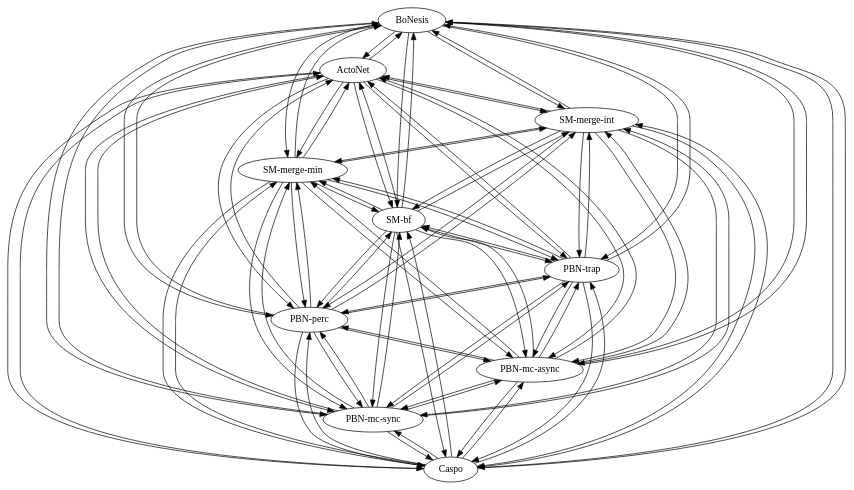
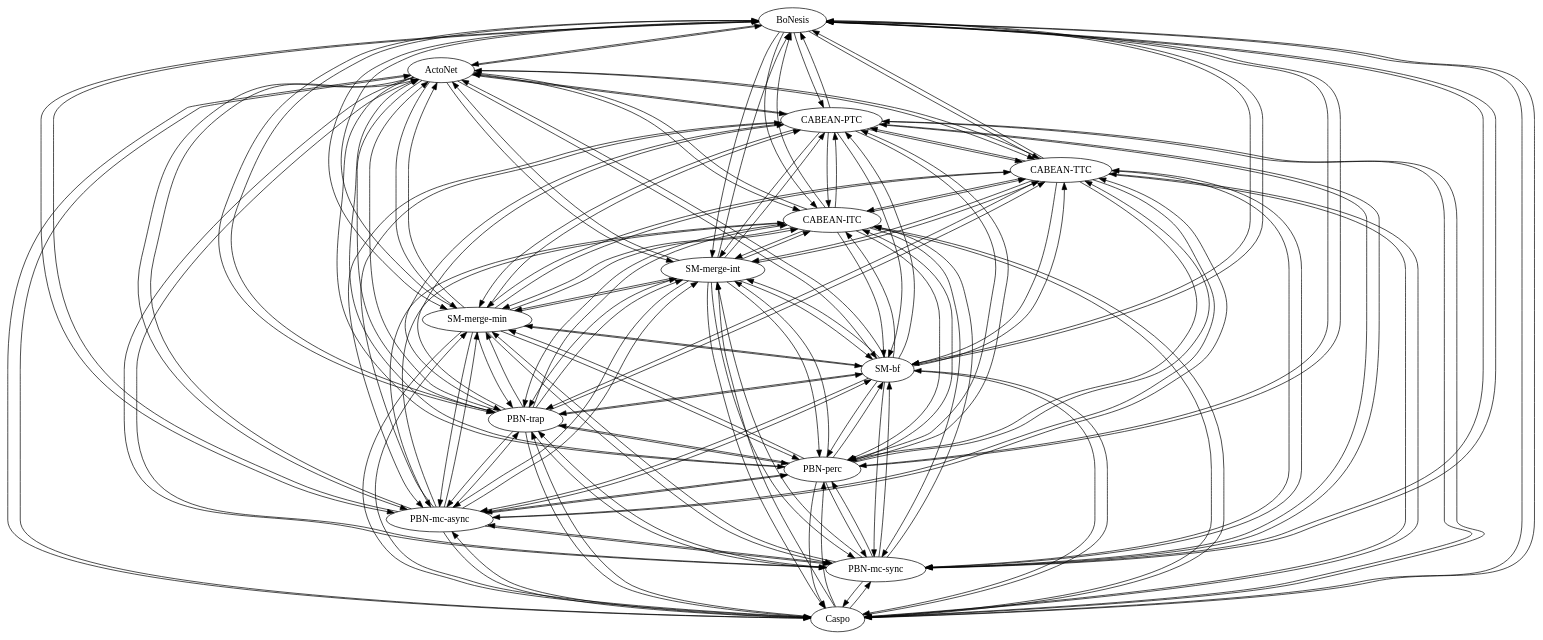
Before and after one commit to kalebmoon07/BN-control-taxonomy: the diagram in experiments/results/counterexamples/ce_yes_PTC_no_TTC/_graph.dot, drawn with Graphviz. The commit also changed 85 other files, not shown here.

```diff
--- a/experiments/results/counterexamples/ce_yes_PTC_no_TTC/_graph.dot
+++ b/experiments/results/counterexamples/ce_yes_PTC_no_TTC/_graph.dot
@@ -1,102 +1,171 @@
 strict digraph  {
 BoNesis;
 ActoNet;
 Caspo;
 "PBN-mc-sync";
 "PBN-mc-async";
 "PBN-perc";
 "PBN-trap";
 "SM-bf";
 "SM-merge-min";
 "SM-merge-int";
+"CABEAN-ITC";
+"CABEAN-TTC";
+"CABEAN-PTC";
 BoNesis -> ActoNet;
 BoNesis -> Caspo;
 BoNesis -> "PBN-mc-sync";
 BoNesis -> "PBN-mc-async";
 BoNesis -> "PBN-perc";
 BoNesis -> "PBN-trap";
 BoNesis -> "SM-bf";
 BoNesis -> "SM-merge-min";
 BoNesis -> "SM-merge-int";
+BoNesis -> "CABEAN-ITC";
+BoNesis -> "CABEAN-TTC";
+BoNesis -> "CABEAN-PTC";
 ActoNet -> BoNesis;
 ActoNet -> Caspo;
 ActoNet -> "PBN-mc-sync";
 ActoNet -> "PBN-mc-async";
 ActoNet -> "PBN-perc";
 ActoNet -> "PBN-trap";
 ActoNet -> "SM-bf";
 ActoNet -> "SM-merge-min";
 ActoNet -> "SM-merge-int";
+ActoNet -> "CABEAN-ITC";
+ActoNet -> "CABEAN-TTC";
+ActoNet -> "CABEAN-PTC";
 Caspo -> ActoNet;
 Caspo -> BoNesis;
 Caspo -> "PBN-mc-sync";
 Caspo -> "PBN-mc-async";
 Caspo -> "PBN-perc";
 Caspo -> "PBN-trap";
 Caspo -> "SM-bf";
 Caspo -> "SM-merge-min";
 Caspo -> "SM-merge-int";
+Caspo -> "CABEAN-ITC";
+Caspo -> "CABEAN-TTC";
+Caspo -> "CABEAN-PTC";
 "PBN-mc-sync" -> ActoNet;
 "PBN-mc-sync" -> BoNesis;
 "PBN-mc-sync" -> Caspo;
 "PBN-mc-sync" -> "PBN-mc-async";
 "PBN-mc-sync" -> "PBN-perc";
 "PBN-mc-sync" -> "PBN-trap";
 "PBN-mc-sync" -> "SM-bf";
 "PBN-mc-sync" -> "SM-merge-min";
 "PBN-mc-sync" -> "SM-merge-int";
+"PBN-mc-sync" -> "CABEAN-ITC";
+"PBN-mc-sync" -> "CABEAN-TTC";
+"PBN-mc-sync" -> "CABEAN-PTC";
 "PBN-mc-async" -> ActoNet;
 "PBN-mc-async" -> BoNesis;
 "PBN-mc-async" -> Caspo;
 "PBN-mc-async" -> "PBN-mc-sync";
 "PBN-mc-async" -> "PBN-perc";
 "PBN-mc-async" -> "PBN-trap";
 "PBN-mc-async" -> "SM-bf";
 "PBN-mc-async" -> "SM-merge-min";
 "PBN-mc-async" -> "SM-merge-int";
+"PBN-mc-async" -> "CABEAN-ITC";
+"PBN-mc-async" -> "CABEAN-TTC";
+"PBN-mc-async" -> "CABEAN-PTC";
 "PBN-perc" -> ActoNet;
 "PBN-perc" -> BoNesis;
 "PBN-perc" -> Caspo;
 "PBN-perc" -> "PBN-mc-sync";
 "PBN-perc" -> "PBN-mc-async";
 "PBN-perc" -> "PBN-trap";
 "PBN-perc" -> "SM-bf";
 "PBN-perc" -> "SM-merge-min";
 "PBN-perc" -> "SM-merge-int";
+"PBN-perc" -> "CABEAN-ITC";
+"PBN-perc" -> "CABEAN-TTC";
+"PBN-perc" -> "CABEAN-PTC";
 "PBN-trap" -> ActoNet;
 "PBN-trap" -> BoNesis;
 "PBN-trap" -> Caspo;
 "PBN-trap" -> "PBN-mc-sync";
 "PBN-trap" -> "PBN-mc-async";
 "PBN-trap" -> "PBN-perc";
 "PBN-trap" -> "SM-bf";
 "PBN-trap" -> "SM-merge-min";
 "PBN-trap" -> "SM-merge-int";
+"PBN-trap" -> "CABEAN-ITC";
+"PBN-trap" -> "CABEAN-TTC";
+"PBN-trap" -> "CABEAN-PTC";
 "SM-bf" -> ActoNet;
 "SM-bf" -> BoNesis;
 "SM-bf" -> Caspo;
 "SM-bf" -> "PBN-mc-sync";
 "SM-bf" -> "PBN-mc-async";
 "SM-bf" -> "PBN-perc";
 "SM-bf" -> "PBN-trap";
 "SM-bf" -> "SM-merge-min";
 "SM-bf" -> "SM-merge-int";
+"SM-bf" -> "CABEAN-ITC";
+"SM-bf" -> "CABEAN-TTC";
+"SM-bf" -> "CABEAN-PTC";
 "SM-merge-min" -> ActoNet;
 "SM-merge-min" -> BoNesis;
 "SM-merge-min" -> Caspo;
 "SM-merge-min" -> "PBN-mc-sync";
 "SM-merge-min" -> "PBN-mc-async";
 "SM-merge-min" -> "PBN-perc";
 "SM-merge-min" -> "PBN-trap";
 "SM-merge-min" -> "SM-bf";
 "SM-merge-min" -> "SM-merge-int";
+"SM-merge-min" -> "CABEAN-ITC";
+"SM-merge-min" -> "CABEAN-TTC";
+"SM-merge-min" -> "CABEAN-PTC";
 "SM-merge-int" -> ActoNet;
 "SM-merge-int" -> BoNesis;
 "SM-merge-int" -> Caspo;
 "SM-merge-int" -> "PBN-mc-sync";
 "SM-merge-int" -> "PBN-mc-async";
 "SM-merge-int" -> "PBN-perc";
 "SM-merge-int" -> "PBN-trap";
 "SM-merge-int" -> "SM-bf";
 "SM-merge-int" -> "SM-merge-min";
+"SM-merge-int" -> "CABEAN-ITC";
+"SM-merge-int" -> "CABEAN-TTC";
+"SM-merge-int" -> "CABEAN-PTC";
+"CABEAN-ITC" -> ActoNet;
+"CABEAN-ITC" -> BoNesis;
+"CABEAN-ITC" -> Caspo;
+"CABEAN-ITC" -> "PBN-mc-sync";
+"CABEAN-ITC" -> "PBN-mc-async";
+"CABEAN-ITC" -> "PBN-perc";
+"CABEAN-ITC" -> "PBN-trap";
+"CABEAN-ITC" -> "SM-bf";
+"CABEAN-ITC" -> "SM-merge-min";
+"CABEAN-ITC" -> "SM-merge-int";
+"CABEAN-ITC" -> "CABEAN-TTC";
+"CABEAN-ITC" -> "CABEAN-PTC";
+"CABEAN-TTC" -> ActoNet;
+"CABEAN-TTC" -> BoNesis;
+"CABEAN-TTC" -> Caspo;
+"CABEAN-TTC" -> "PBN-mc-sync";
+"CABEAN-TTC" -> "PBN-mc-async";
+"CABEAN-TTC" -> "PBN-perc";
+"CABEAN-TTC" -> "PBN-trap";
+"CABEAN-TTC" -> "SM-bf";
+"CABEAN-TTC" -> "SM-merge-min";
+"CABEAN-TTC" -> "SM-merge-int";
+"CABEAN-TTC" -> "CABEAN-ITC";
+"CABEAN-TTC" -> "CABEAN-PTC";
+"CABEAN-PTC" -> ActoNet;
+"CABEAN-PTC" -> BoNesis;
+"CABEAN-PTC" -> Caspo;
+"CABEAN-PTC" -> "PBN-mc-sync";
+"CABEAN-PTC" -> "PBN-mc-async";
+"CABEAN-PTC" -> "PBN-perc";
+"CABEAN-PTC" -> "PBN-trap";
+"CABEAN-PTC" -> "SM-bf";
+"CABEAN-PTC" -> "SM-merge-min";
+"CABEAN-PTC" -> "SM-merge-int";
+"CABEAN-PTC" -> "CABEAN-ITC";
+"CABEAN-PTC" -> "CABEAN-TTC";
 }
```
